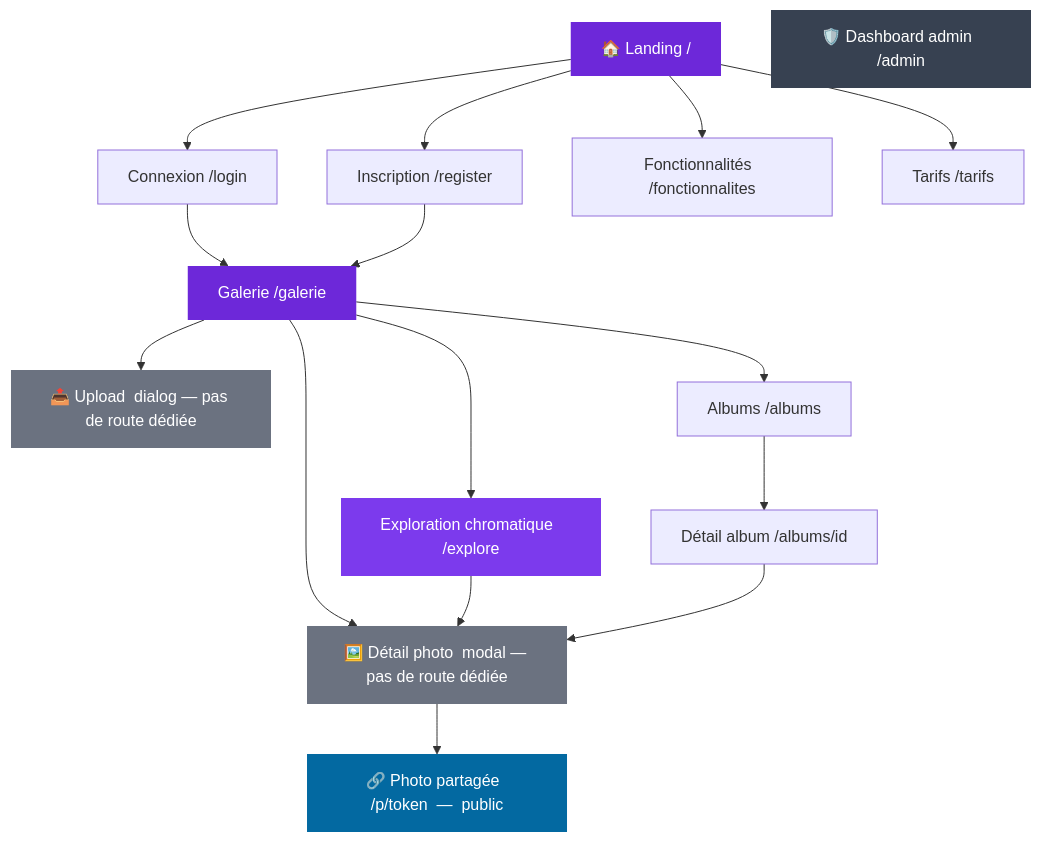
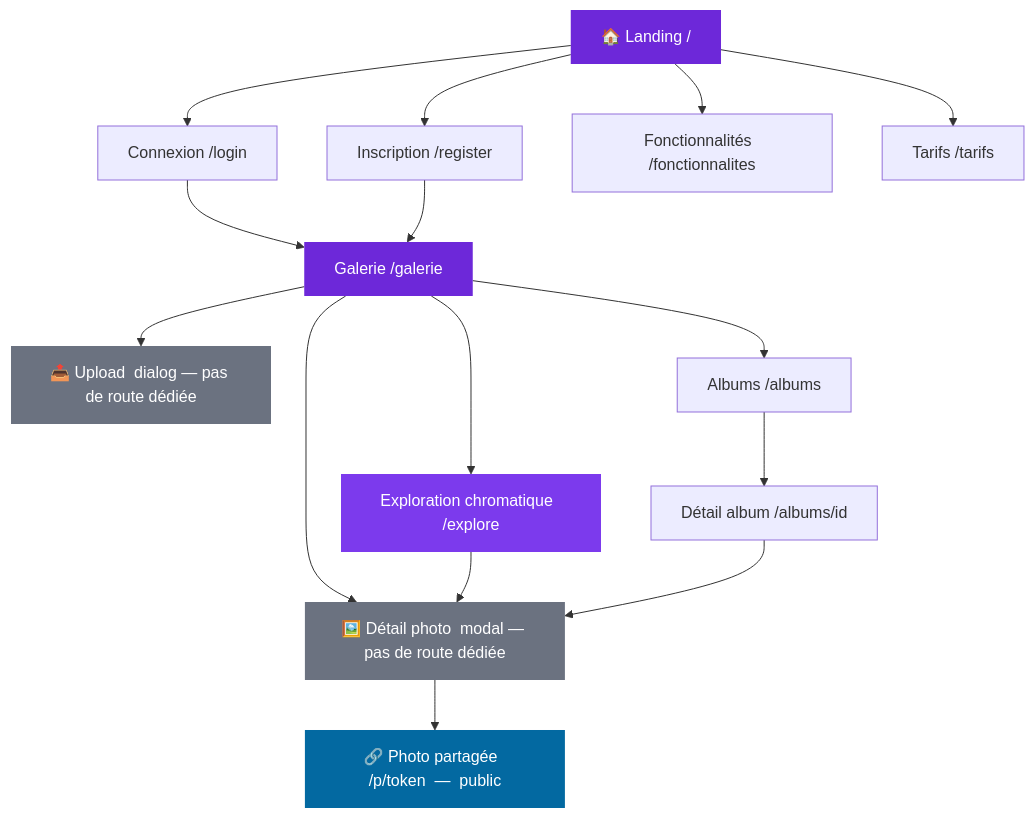
Before and after one commit to TonyMascate/fil_rouge_plateforme: the diagram in docs/architecture-pages.md, drawn with Mermaid. The commit also changed 11 other files, not shown here.

````diff
--- a/docs/architecture-pages.md
+++ b/docs/architecture-pages.md
@@ -5,34 +5,31 @@
 ```mermaid
 flowchart TD
     LANDING["🏠 Landing  /"]
 
     LANDING --> LOGIN["Connexion  /login"]
     LANDING --> REGISTER["Inscription  /register"]
     LANDING --> FONCTIONNALITES["Fonctionnalités  /fonctionnalites"]
     LANDING --> TARIFS["Tarifs  /tarifs"]
 
     LOGIN --> GALLERY["Galerie  /galerie"]
     REGISTER --> GALLERY
 
     GALLERY --> UPLOAD["📤 Upload  dialog — pas de route dédiée"]
     GALLERY --> CHROMATIC["Exploration chromatique  /explore"]
     GALLERY --> ALBUMS_LIST["Albums  /albums"]
     GALLERY --> PHOTO_MODAL["🖼️ Détail photo  modal — pas de route dédiée"]
 
     CHROMATIC --> PHOTO_MODAL
 
     ALBUMS_LIST --> ALBUM_DETAIL["Détail album  /albums/id"]
     ALBUM_DETAIL --> PHOTO_MODAL
 
     PHOTO_MODAL --> SHARED["🔗 Photo partagée  /p/token  —  public"]
 
-    ADMIN["🛡️ Dashboard admin  /admin"]
-
     style LANDING fill:#6d28d9,color:#fff,stroke:none
     style GALLERY fill:#6d28d9,color:#fff,stroke:none
-    style ADMIN fill:#374151,color:#fff,stroke:none
     style SHARED fill:#0369a1,color:#fff,stroke:none
     style CHROMATIC fill:#7c3aed,color:#fff,stroke:none
     style UPLOAD fill:#6b7280,color:#fff,stroke:none
     style PHOTO_MODAL fill:#6b7280,color:#fff,stroke:none
 ```
````
